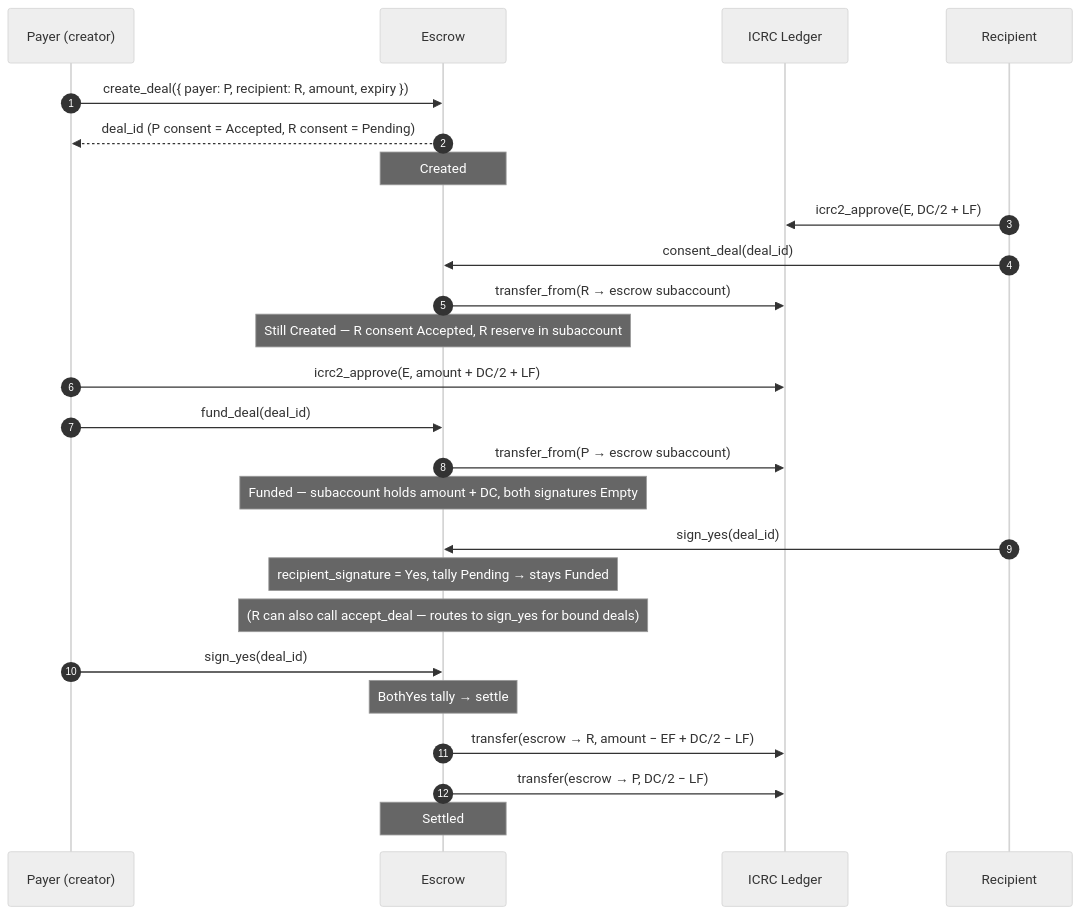
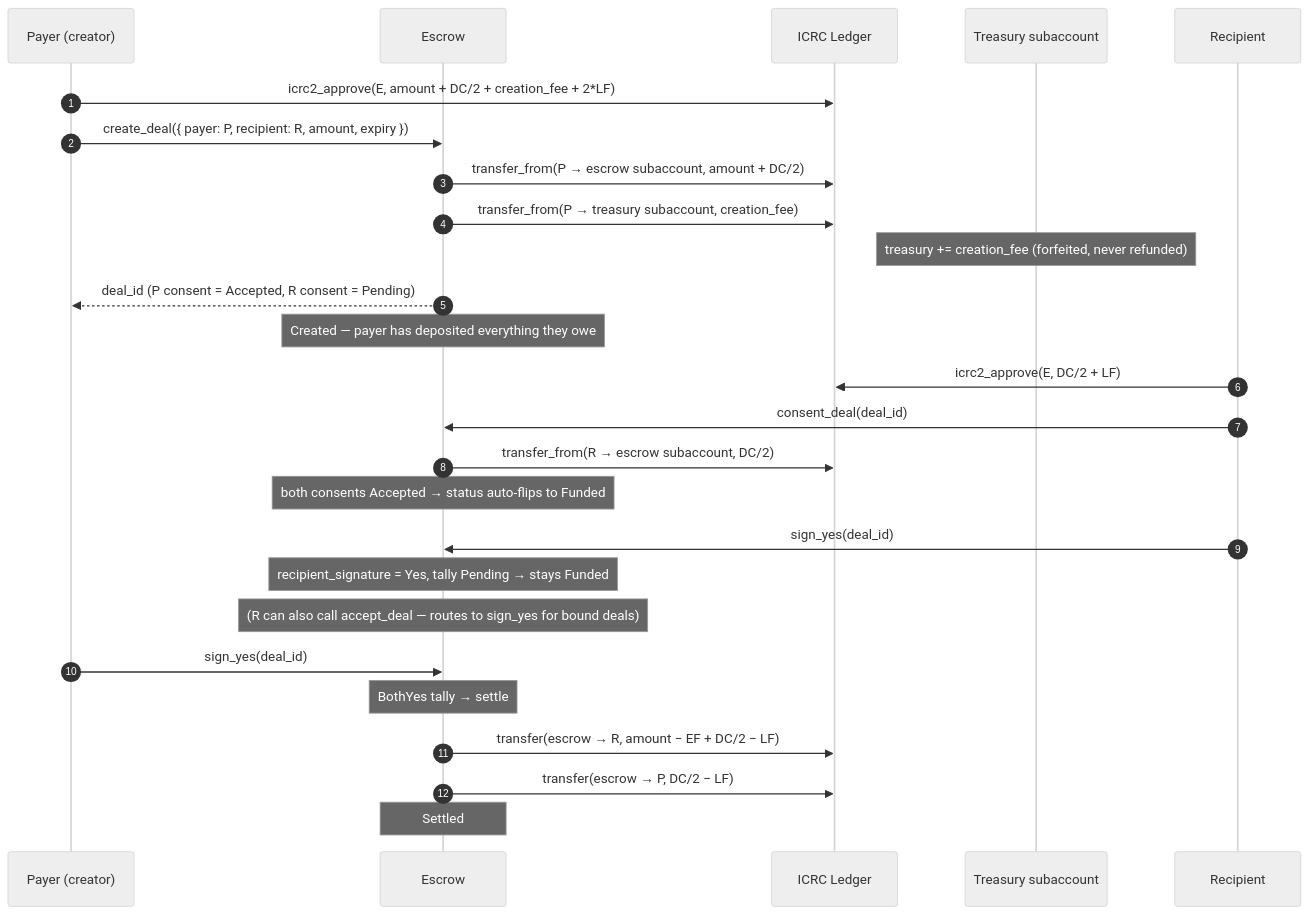
Before and after one commit to AntonioVentilii/escrow: the first of 2 diagrams in docs/flows/payer-creator.md, drawn with Mermaid (neutral theme). The commit also changed other lines of this file and 8 other files, not shown here.

````diff
--- a/docs/flows/payer-creator.md
+++ b/docs/flows/payer-creator.md
@@ -7,35 +9,34 @@
 ```mermaid
 sequenceDiagram
     autonumber
     participant P as Payer (creator)
     participant E as Escrow
     participant L as ICRC Ledger
+    participant T as Treasury subaccount
     participant R as Recipient
 
-    %% --- Create ---
+    %% --- Create (commit-at-first-action) ---
+    P->>L: icrc2_approve(E, amount + DC/2 + creation_fee + 2*LF)
     P->>E: create_deal({ payer: P, recipient: R, amount, expiry })
+    E->>L: transfer_from(P → escrow subaccount, amount + DC/2)
+    E->>L: transfer_from(P → treasury subaccount, creation_fee)
+    Note over T: treasury += creation_fee (forfeited, never refunded)
     E-->>P: deal_id (P consent = Accepted, R consent = Pending)
-    Note over E: Created
+    Note over E: Created — payer has deposited everything they owe
 
-    %% --- Recipient consent (deposits DC/2) ---
+    %% --- Recipient consent (deposits DC/2 + auto-flips to Funded) ---
     R->>L: icrc2_approve(E, DC/2 + LF)
     R->>E: consent_deal(deal_id)
-    E->>L: transfer_from(R → escrow subaccount)
-    Note over E: Still Created — R consent Accepted, R reserve in subaccount
-
-    %% --- Payer fund ---
-    P->>L: icrc2_approve(E, amount + DC/2 + LF)
-    P->>E: fund_deal(deal_id)
-    E->>L: transfer_from(P → escrow subaccount)
-    Note over E: Funded — subaccount holds amount + DC, both signatures Empty
+    E->>L: transfer_from(R → escrow subaccount, DC/2)
+    Note over E: both consents Accepted → status auto-flips to Funded
 
     %% --- Two-signature tally (happy path: both Yes) ---
     R->>E: sign_yes(deal_id)
     Note over E: recipient_signature = Yes, tally Pending → stays Funded
     Note over E: (R can also call accept_deal — routes to sign_yes for bound deals)
     P->>E: sign_yes(deal_id)
     Note over E: BothYes tally → settle
     E->>L: transfer(escrow → R, amount − EF + DC/2 − LF)
     E->>L: transfer(escrow → P, DC/2 − LF)
     Note over E: Settled
 ```
````
